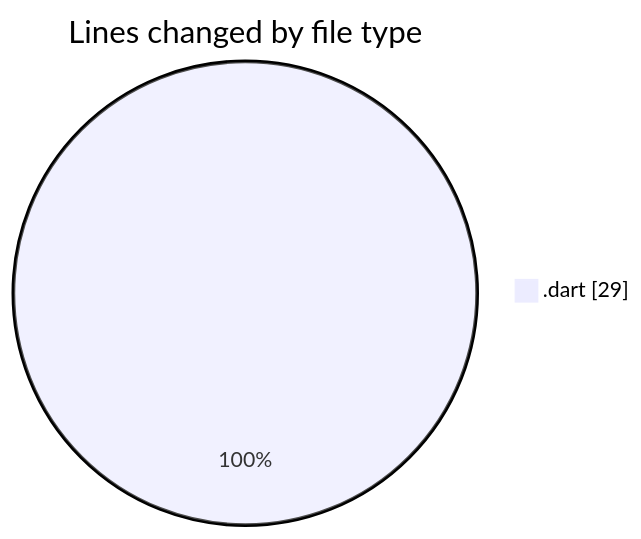
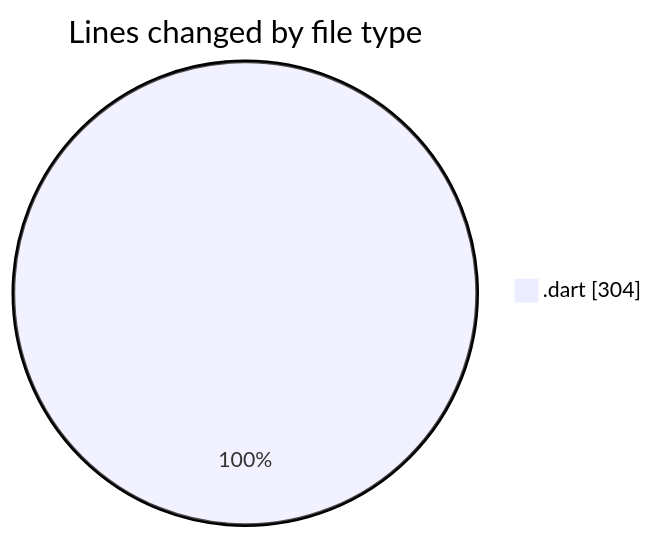
The first of 2 diagrams in 2025-03-23/wordle/README.md (donsfak/code-tracking), drawn with Mermaid before and after one commit. The commit also changed other lines of this file and 1 other file, not shown here.

````diff
--- a/2025-03-23/wordle/README.md
+++ b/2025-03-23/wordle/README.md
@@ -22,5 +24,5 @@
 ```mermaid
 pie showData
 title Lines changed by file type
-".dart" : 29
+".dart" : 304
 ```
````
